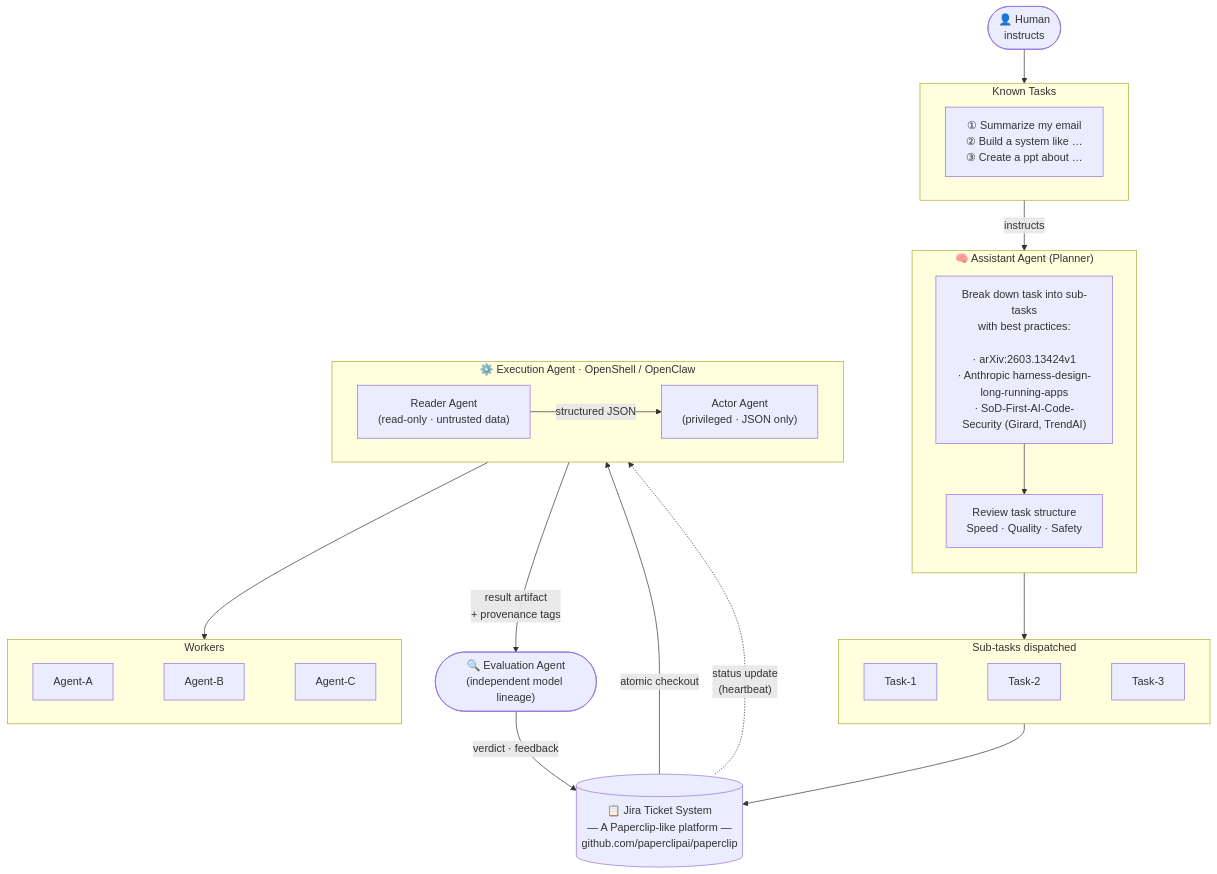
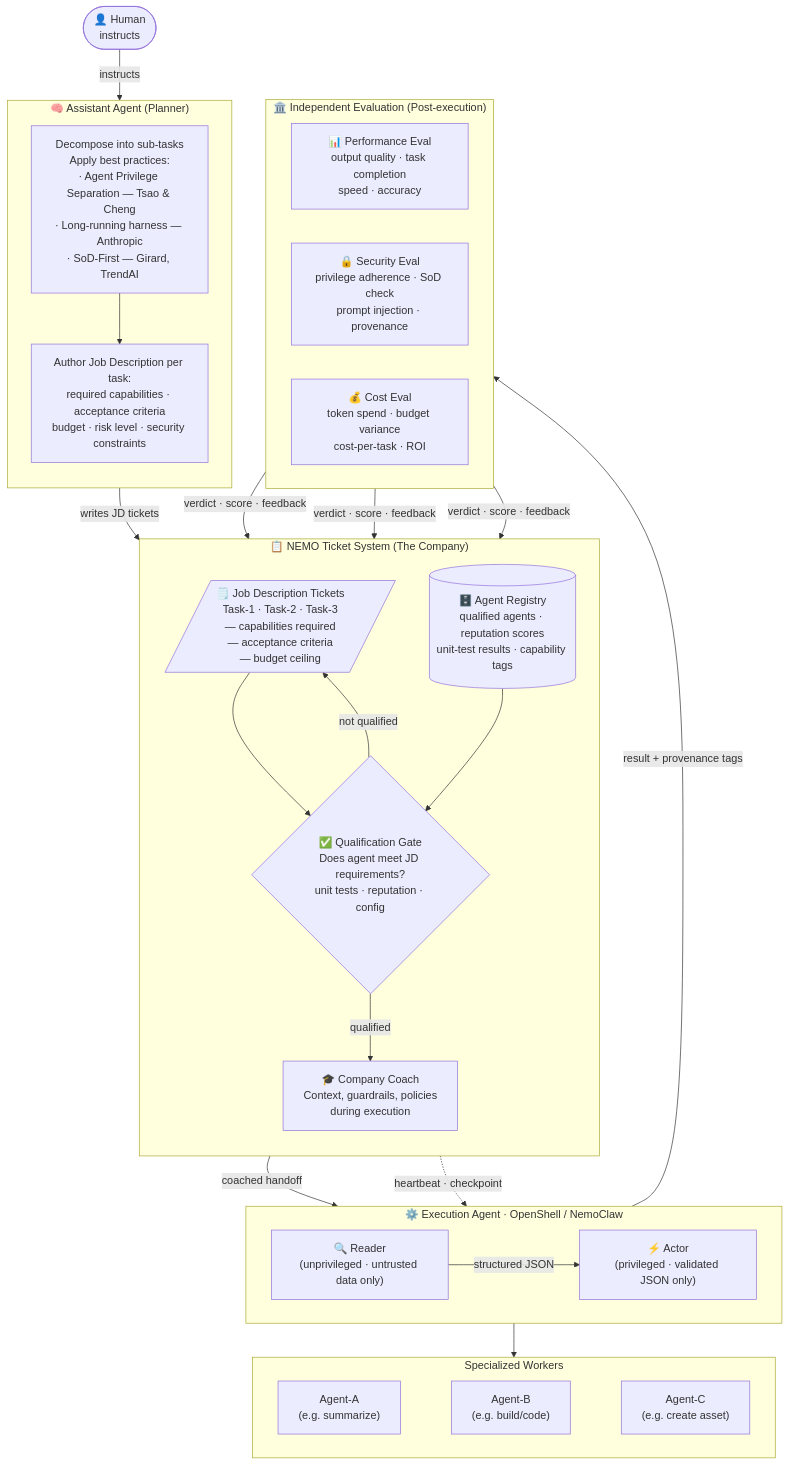
The diagram in findingnemo/spec.md (sparktsao/tech-study-notes), drawn with Mermaid before and after one commit. The commit also changed other lines of this file, not shown here.

Commit message:
overhaul architecture: JD model, agent qualification, privilege separation, 3-pillar evaluation

````diff
--- a/findingnemo/spec.md
+++ b/findingnemo/spec.md
@@ -69,46 +77,50 @@
 ```mermaid
 flowchart TD
     H(["👤 Human\ninstructs"])
 
-    subgraph KNOWN["Known Tasks"]
-        KT["① Summarize my email\n② Build a system like …\n③ Create a ppt about …"]
-    end
-
     subgraph PLANNER["🧠 Assistant Agent  (Planner)"]
         direction TB
-        BP["Break down task into sub-tasks\nwith best practices:\n\n· arXiv:2603.13424v1\n· Anthropic harness-design-long-running-apps\n· SoD-First-AI-Code-Security (Girard, TrendAI)"]
-        CHK["Review task structure\nSpeed  ·  Quality  ·  Safety"]
+        BP["Decompose into sub-tasks\nApply best practices:\n· Agent Privilege Separation — Tsao & Cheng\n· Long-running harness — Anthropic\n· SoD-First — Girard, TrendAI"]
+        CHK["Author Job Description per task:\nrequired capabilities · acceptance criteria\nbudget · risk level · security constraints"]
         BP --> CHK
     end
 
-    subgraph TASKLIST["Sub-tasks dispatched"]
-        direction LR
-        T1[Task-1] ~~~ T2[Task-2] ~~~ T3[Task-3]
+    subgraph COMPANY["📋 NEMO Ticket System  (The Company)"]
+        direction TB
+        JD[/"🗒️ Job Description Tickets\nTask-1 · Task-2 · Task-3\n— capabilities required\n— acceptance criteria\n— budget ceiling"/]
+        REG[("🗄️ Agent Registry\nqualified agents · reputation scores\nunit-test results · capability tags")]
+        GATE{"✅ Qualification Gate\nDoes agent meet JD requirements?\nunit tests · reputation · config"}
+        COACH["🎓 Company Coach\nContext, guardrails, policies\nduring execution"]
+        JD --> GATE
+        REG --> GATE
+        GATE -->|"qualified"| COACH
+        GATE -->|"not qualified"| JD
     end
 
-    JIRA[("📋 Jira Ticket System\n— A Paperclip-like platform —\ngithub.com/paperclipai/paperclip")]
-
-    subgraph EXEC["⚙️ Execution Agent  ·  OpenShell / OpenClaw"]
+    subgraph EXEC["⚙️ Execution Agent  ·  OpenShell / NemoClaw"]
         direction LR
-        READER["Reader Agent\n(read-only · untrusted data)"]
-        ACTOR["Actor Agent\n(privileged · JSON only)"]
+        READER["🔍 Reader\n(unprivileged · untrusted data only)"]
+        ACTOR["⚡ Actor\n(privileged · validated JSON only)"]
         READER -->|"structured JSON"| ACTOR
     end
 
-    subgraph WORKERS["Workers"]
+    subgraph WORKERS["Specialized Workers"]
         direction LR
-        AA["Agent-A"] ~~~ AB["Agent-B"] ~~~ AC["Agent-C"]
+        AA["Agent-A\n(e.g. summarize)"] ~~~ AB["Agent-B\n(e.g. build/code)"] ~~~ AC["Agent-C\n(e.g. create asset)"]
     end
 
-    EVAL(["🔍 Evaluation Agent\n(independent model lineage)"])
+    subgraph EVAL3["🏛️ Independent Evaluation  (Post-execution)"]
+        direction LR
+        EP["📊 Performance Eval\noutput quality · task completion\nspeed · accuracy"]
+        ES["🔒 Security Eval\nprivilege adherence · SoD check\nprompt injection · provenance"]
+        EC["💰 Cost Eval\ntoken spend · budget variance\ncost-per-task · ROI"]
+    end
 
-    H --> KNOWN
-    KNOWN -->|instructs| PLANNER
-    PLANNER --> TASKLIST
-    TASKLIST --> JIRA
-    JIRA -->|"atomic checkout"| EXEC
+    H -->|instructs| PLANNER
+    PLANNER -->|"writes JD tickets"| JD
+    COACH -->|"coached handoff"| EXEC
     EXEC --> WORKERS
-    EXEC -->|"result artifact\n+ provenance tags"| EVAL
-    EVAL -->|"verdict · feedback"| JIRA
-    JIRA -.->|"status update\n(heartbeat)"| EXEC
+    EXEC -->|"result + provenance tags"| EVAL3
+    EP & ES & EC -->|"verdict · score · feedback"| COMPANY
+    COMPANY -.->|"heartbeat · checkpoint"| EXEC
 ```
````
